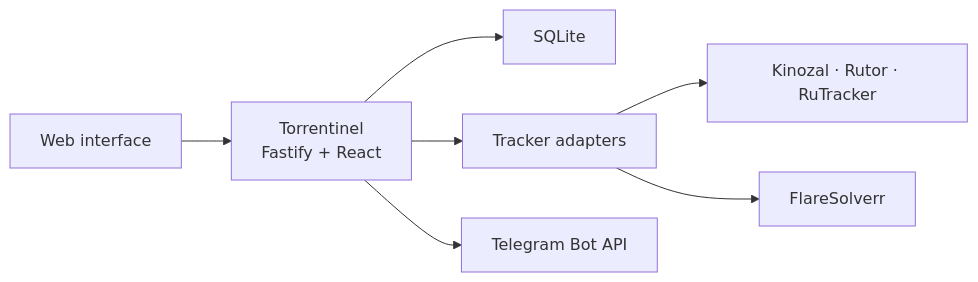
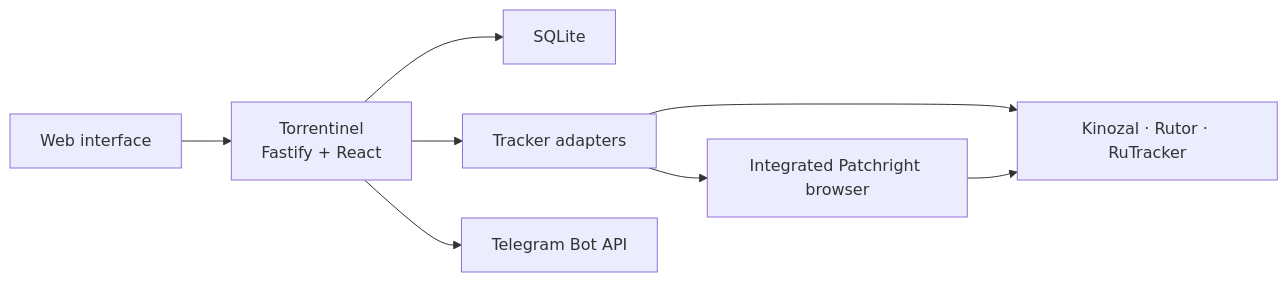
Before and after one commit to ib0ndar/Torrentinel: the diagram in README.md, drawn with Mermaid. The commit also changed other lines of this file and 30 other files, not shown here.

````diff
--- a/README.md
+++ b/README.md
@@ -314,9 +306,10 @@
 ```mermaid
 flowchart LR
   Browser["Web interface"] --> App["Torrentinel<br/>Fastify + React"]
   App --> DB["SQLite"]
   App --> Plugins["Tracker adapters"]
+  Plugins --> IntegratedBrowser["Integrated Patchright browser"]
   Plugins --> Trackers["Kinozal · Rutor · RuTracker"]
-  Plugins --> Resolver["FlareSolverr"]
+  IntegratedBrowser --> Trackers
   App --> Telegram["Telegram Bot API"]
 ```
````
